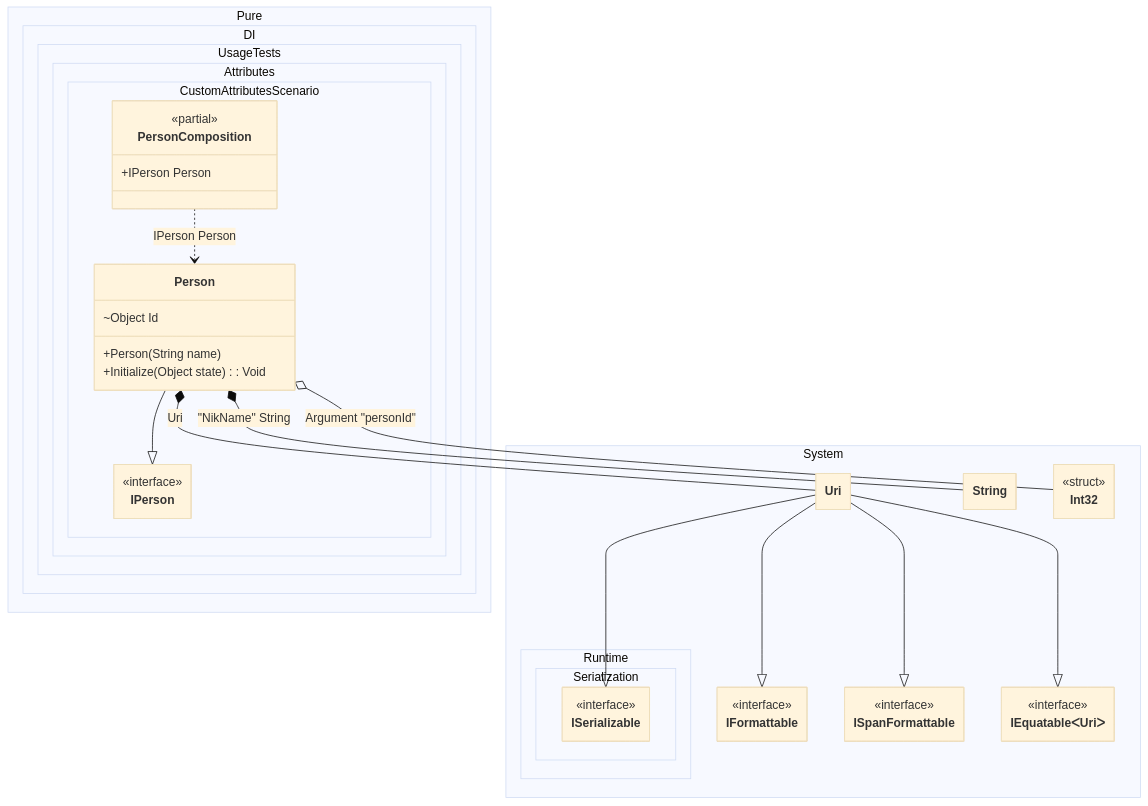
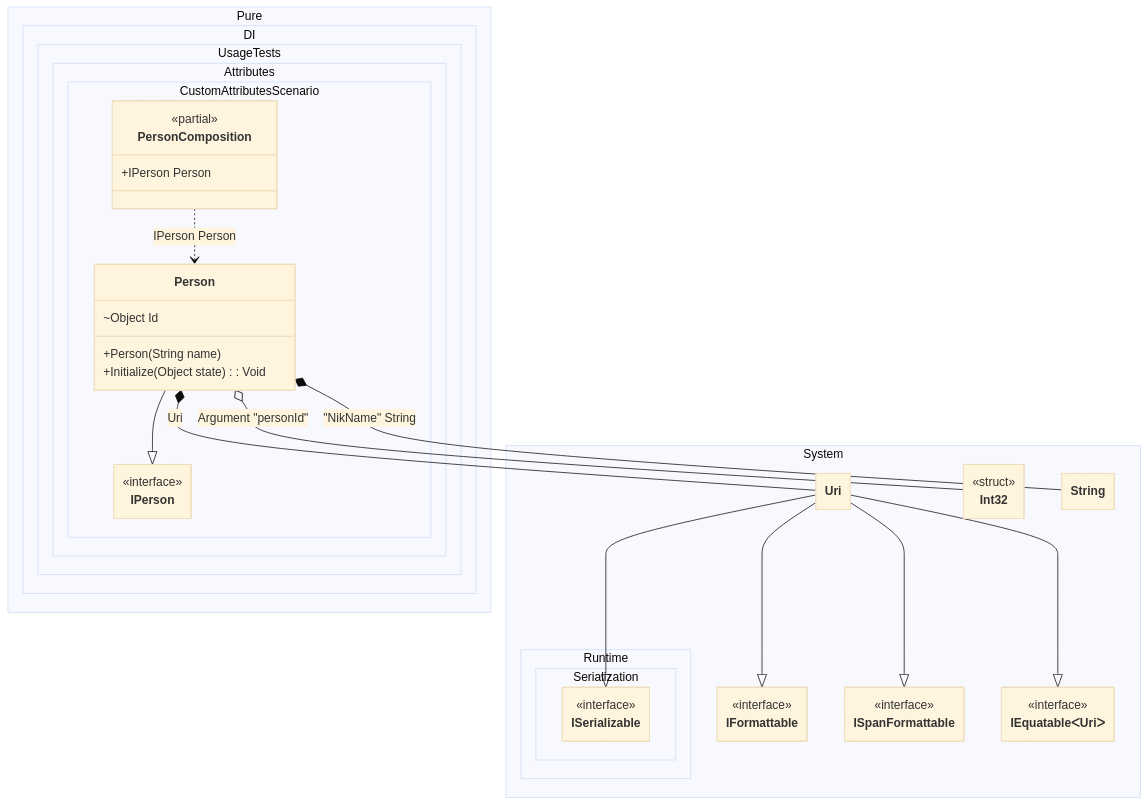
The diagram in readme/custom-attributes.md (DevTeam/Pure.DI), drawn with Mermaid (base theme) before and after one commit. The commit also changed other lines of this file and 113 other files, not shown here.

````diff
--- a/readme/custom-attributes.md
+++ b/readme/custom-attributes.md
@@ -139,54 +139,54 @@
 ```mermaid
 ---
  config:
   class:
    hideEmptyMembersBox: true
 ---
 classDiagram
-	Person --|> IPerson
 	Uri --|> IFormattable
 	Uri --|> ISpanFormattable
 	Uri --|> IEquatableᐸUriᐳ
 	Uri --|> ISerializable
+	Person --|> IPerson
 	PersonComposition ..> Person : IPerson Person
-	Person *--  String : "NikName"  String
 	Person o-- Int32 : Argument "personId"
 	Person *--  Uri : Uri
+	Person *--  String : "NikName"  String
 	namespace Pure.DI.UsageTests.Attributes.CustomAttributesScenario {
 		class IPerson {
 			<<interface>>
 		}
 		class Person {
 			+Person(String name)
 			~Object Id
 			+Initialize(Object state) : Void
 		}
 		class PersonComposition {
 		<<partial>>
 		+IPerson Person
 		}
 	}
 	namespace System {
 		class IEquatableᐸUriᐳ {
 			<<interface>>
 		}
 		class IFormattable {
 			<<interface>>
 		}
 		class Int32 {
 				<<struct>>
 		}
 		class ISpanFormattable {
 			<<interface>>
 		}
 		class String {
 		}
 		class Uri {
 		}
 	}
 	namespace System.Runtime.Serialization {
 		class ISerializable {
 			<<interface>>
 		}
 	}
 ```
````
